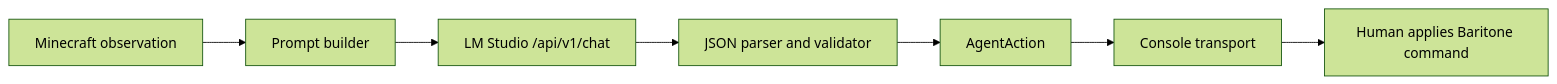
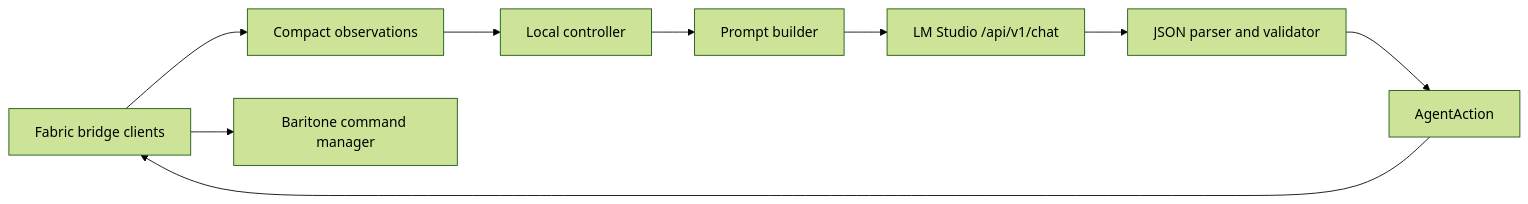
Before and after one commit to drmcbride12/llm-playing-minecraft: the diagram in README.md, drawn with Mermaid (forest theme). The commit also changed other lines of this file and 7 other files, not shown here.

Commit message:
Add auto-connect smoke-tested bridge flow

````diff
--- a/README.md
+++ b/README.md
@@ -159,9 +203,11 @@
 ```mermaid
 flowchart LR
-    OBS["Minecraft observation"] --> PROMPT["Prompt builder"]
+    CLIENT["Fabric bridge clients"] --> OBS["Compact observations"]
+    OBS --> CONTROLLER["Local controller"]
+    CONTROLLER --> PROMPT["Prompt builder"]
     PROMPT --> API["LM Studio /api/v1/chat"]
     API --> PARSE["JSON parser and validator"]
     PARSE --> ACTION["AgentAction"]
-    ACTION --> CONSOLE["Console transport"]
-    CONSOLE --> HUMAN["Human applies Baritone command"]
+    ACTION --> CLIENT
+    CLIENT --> BARITONE["Baritone command manager"]
 ```
````
